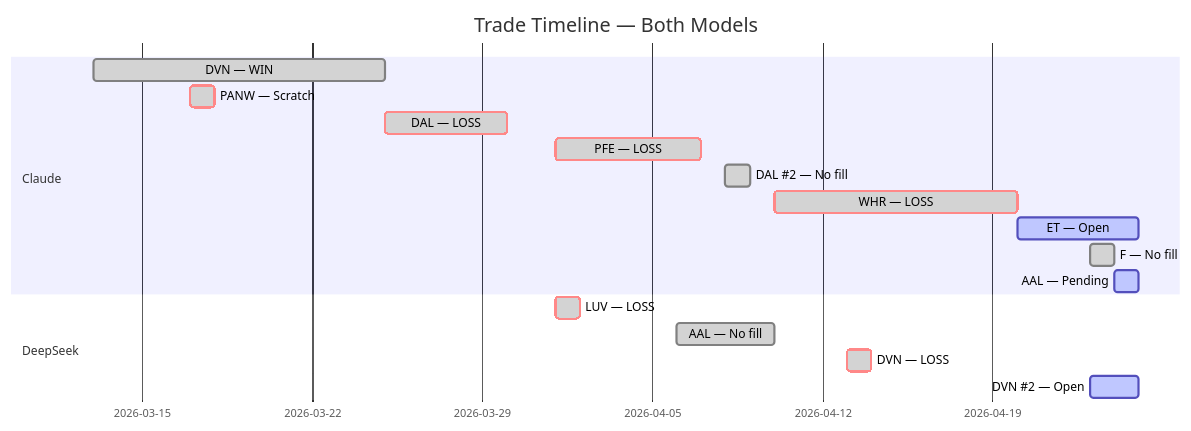
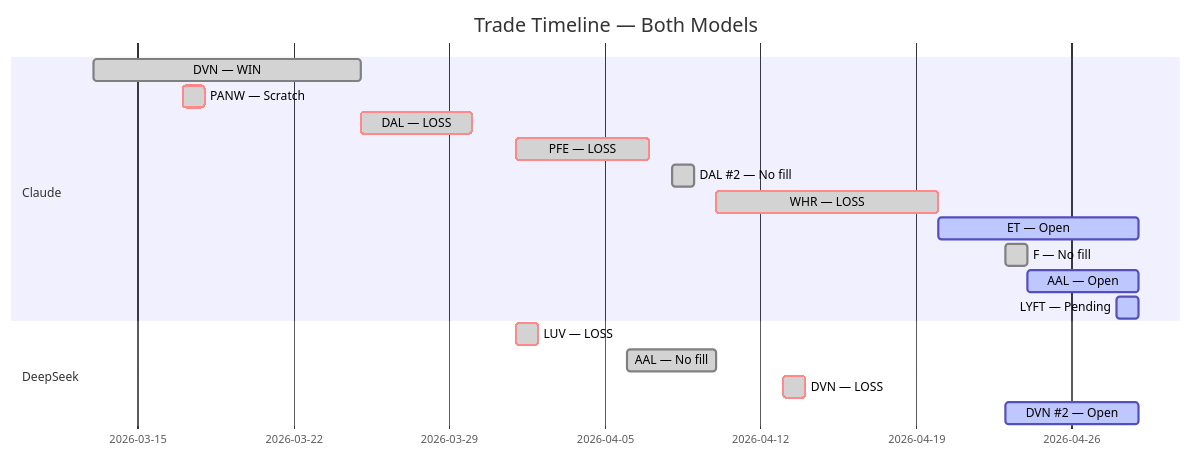
The fifth of 5 diagrams in README.md (zachisit/ai-auto-buy-thesis), drawn with Mermaid before and after one commit. The commit also changed other lines of this file and 4 other files, not shown here.

Commit message:
Add 04-27/04-28 sessions; update README with ET day 7 hold, AAL day 3 near-stop hold, LYFT buy stop placed (first three-position portfolio), new rule no position cap, DeepSeek in cash

````diff
--- a/README.md
+++ b/README.md
@@ -62,20 +62,21 @@
 ```mermaid
 gantt
     title Trade Timeline — Both Models
     dateFormat YYYY-MM-DD
     section Claude
     DVN — WIN            :done,    2026-03-13, 2026-03-25
     PANW — Scratch       :crit, done, 2026-03-17, 2026-03-18
     DAL — LOSS           :crit, done, 2026-03-25, 2026-03-30
     PFE — LOSS           :crit, done, 2026-04-01, 2026-04-07
     DAL #2 — No fill     :done,    2026-04-08, 2026-04-09
     WHR — LOSS           :crit, done, 2026-04-10, 2026-04-20
-    ET — Open            :active,  2026-04-20, 2026-04-25
+    ET — Open            :active,  2026-04-20, 2026-04-29
     F — No fill          :done,    2026-04-23, 2026-04-24
-    AAL — Pending        :active,  2026-04-24, 2026-04-25
+    AAL — Open           :active,  2026-04-24, 2026-04-29
+    LYFT — Pending       :active,  2026-04-28, 2026-04-29
     section DeepSeek
     LUV — LOSS           :crit, done, 2026-04-01, 2026-04-02
     AAL — No fill        :done,    2026-04-06, 2026-04-10
     DVN — LOSS           :crit, done, 2026-04-13, 2026-04-14
-    DVN #2 — Open        :active,  2026-04-23, 2026-04-25
+    DVN #2 — Open        :active,  2026-04-23, 2026-04-29
 ```
````
